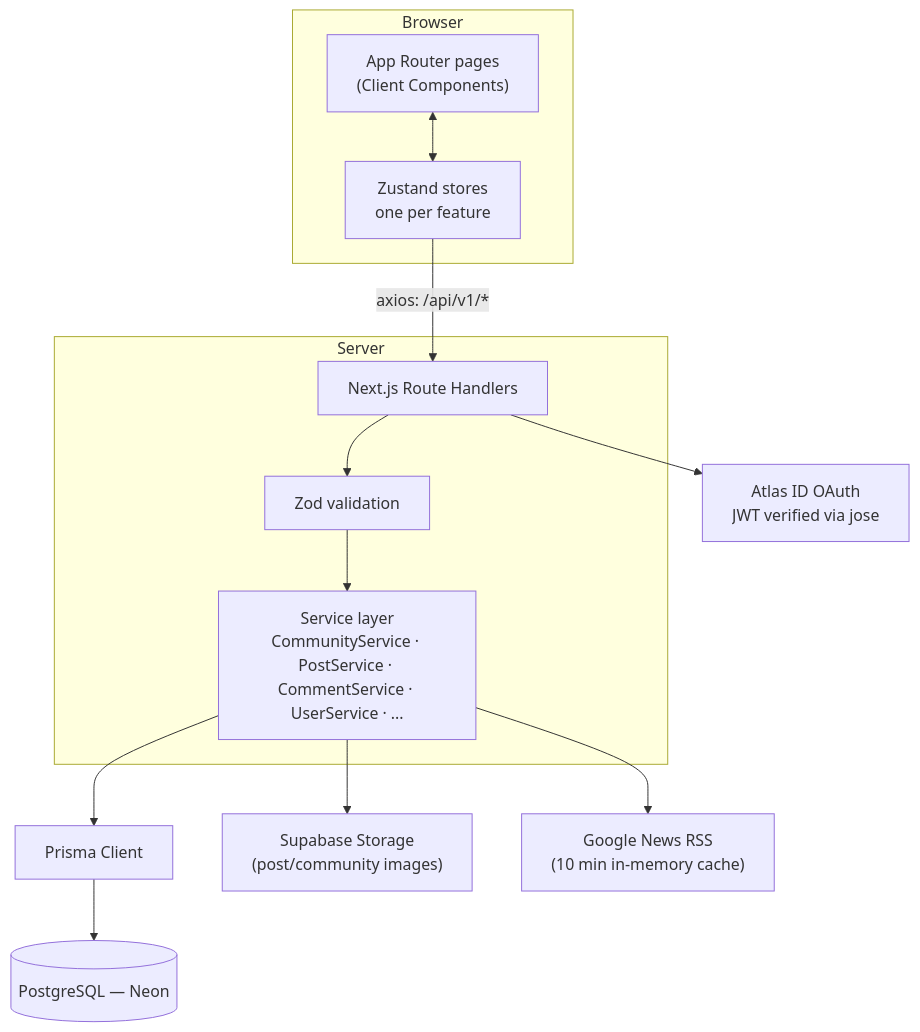
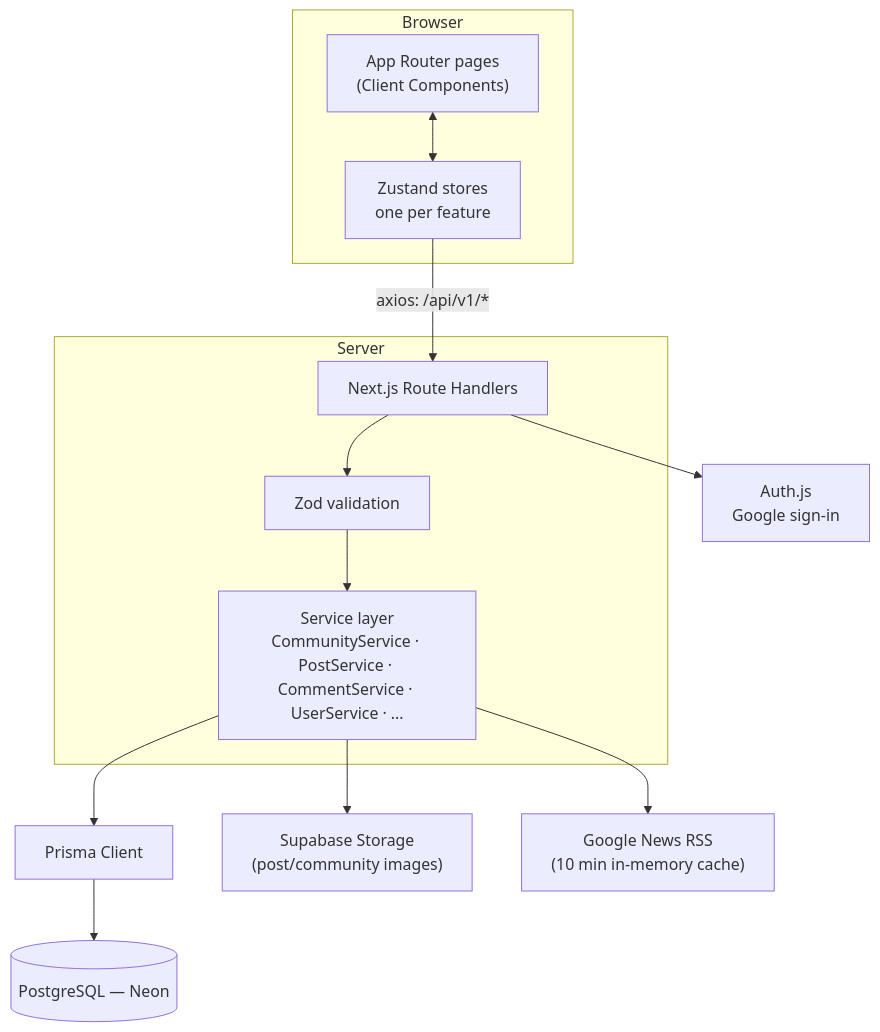
Before and after one commit to kashyapkrlucky/connexus: the first of 3 diagrams in README.md, drawn with Mermaid. The commit also changed other lines of this file and 55 other files, not shown here.

````diff
--- a/README.md
+++ b/README.md
@@ -41,22 +41,22 @@
 ```mermaid
 flowchart TD
     subgraph Client["Browser"]
         UI["App Router pages<br/>(Client Components)"]
         Stores["Zustand stores<br/>one per feature"]
         UI <--> Stores
     end
 
     Stores -->|axios: /api/v1/*| Routes["Next.js Route Handlers"]
 
     subgraph Server["Server"]
         Routes --> Zod["Zod validation"]
         Zod --> Services["Service layer<br/>CommunityService · PostService · CommentService · UserService · ..."]
     end
 
     Services --> Prisma["Prisma Client"]
     Prisma --> DB[("PostgreSQL — Neon")]
 
     Services --> Supabase["Supabase Storage<br/>(post/community images)"]
     Services --> News["Google News RSS<br/>(10 min in-memory cache)"]
-    Routes --> Auth["Atlas ID OAuth<br/>JWT verified via jose"]
+    Routes --> Auth["Auth.js<br/>Google sign-in"]
 ```
````
